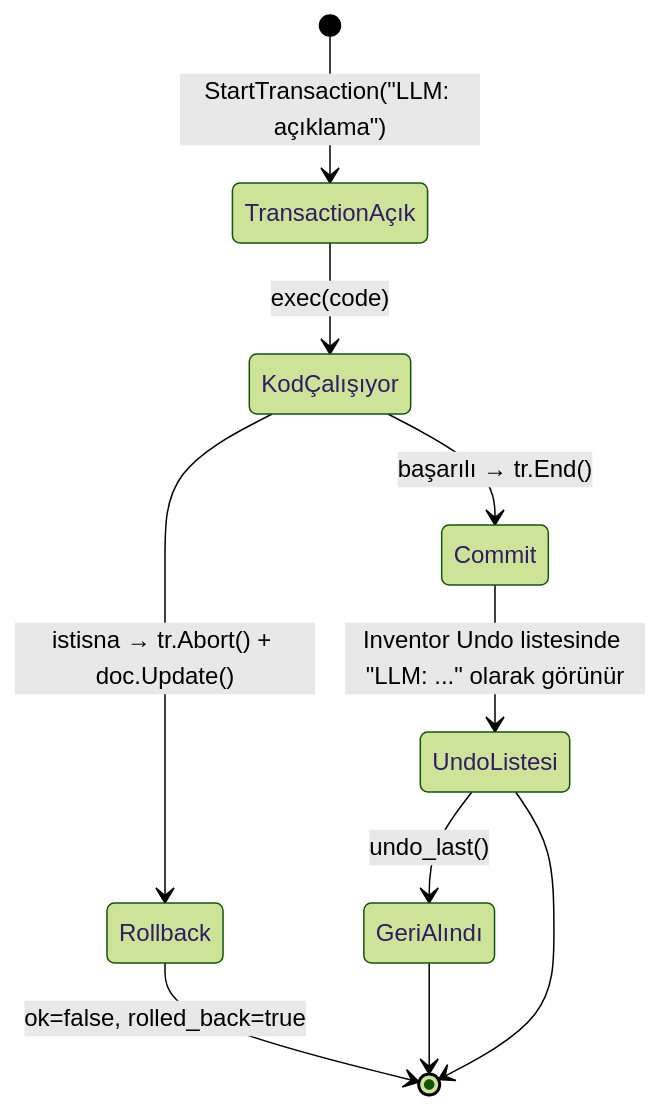
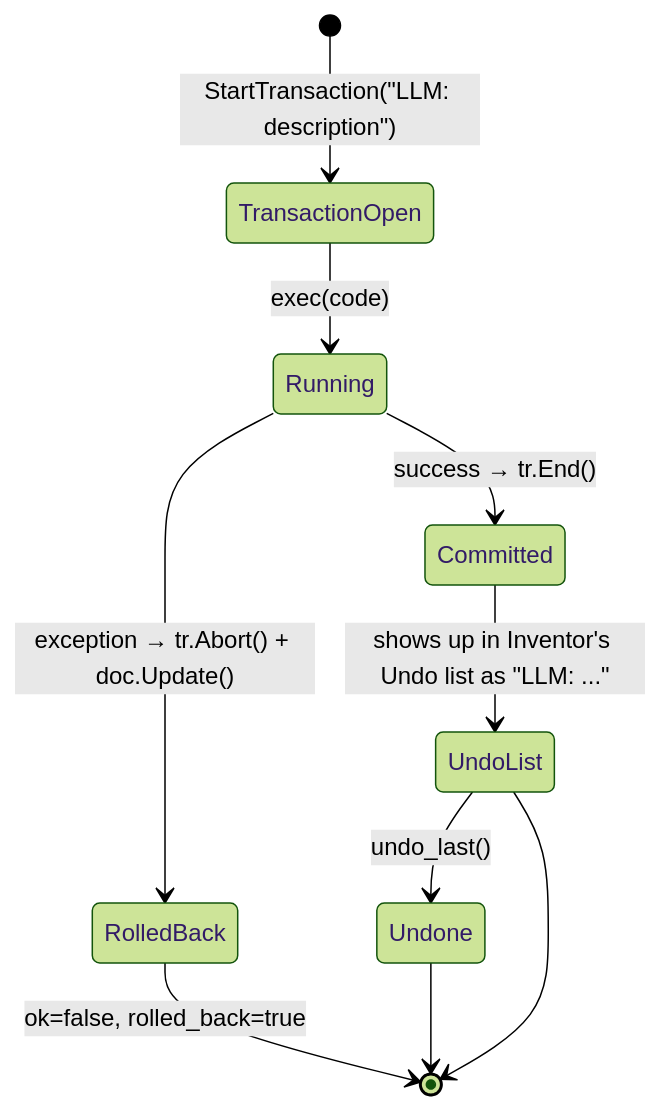
Before and after one commit to ZBGoztas/InventorLLM: the fifth of 6 diagrams in README.md, drawn with Mermaid (forest theme). The commit also changed other lines of this file, not shown here.

````diff
--- a/README.md
+++ b/README.md
@@ -269,12 +267,12 @@
 ```mermaid
 stateDiagram-v2
-    [*] --> TransactionAçık: StartTransaction("LLM: açıklama")
-    TransactionAçık --> KodÇalışıyor: exec(code)
-    KodÇalışıyor --> Commit: başarılı → tr.End()
-    KodÇalışıyor --> Rollback: istisna → tr.Abort() + doc.Update()
-    Commit --> UndoListesi: Inventor Undo listesinde "LLM: ..." olarak görünür
-    UndoListesi --> GeriAlındı: undo_last()
-    Rollback --> [*]: ok=false, rolled_back=true
-    GeriAlındı --> [*]
-    UndoListesi --> [*]
+    [*] --> TransactionOpen: StartTransaction("LLM: description")
+    TransactionOpen --> Running: exec(code)
+    Running --> Committed: success → tr.End()
+    Running --> RolledBack: exception → tr.Abort() + doc.Update()
+    Committed --> UndoList: shows up in Inventor's Undo list as "LLM: ..."
+    UndoList --> Undone: undo_last()
+    RolledBack --> [*]: ok=false, rolled_back=true
+    Undone --> [*]
+    UndoList --> [*]
 ```
````
